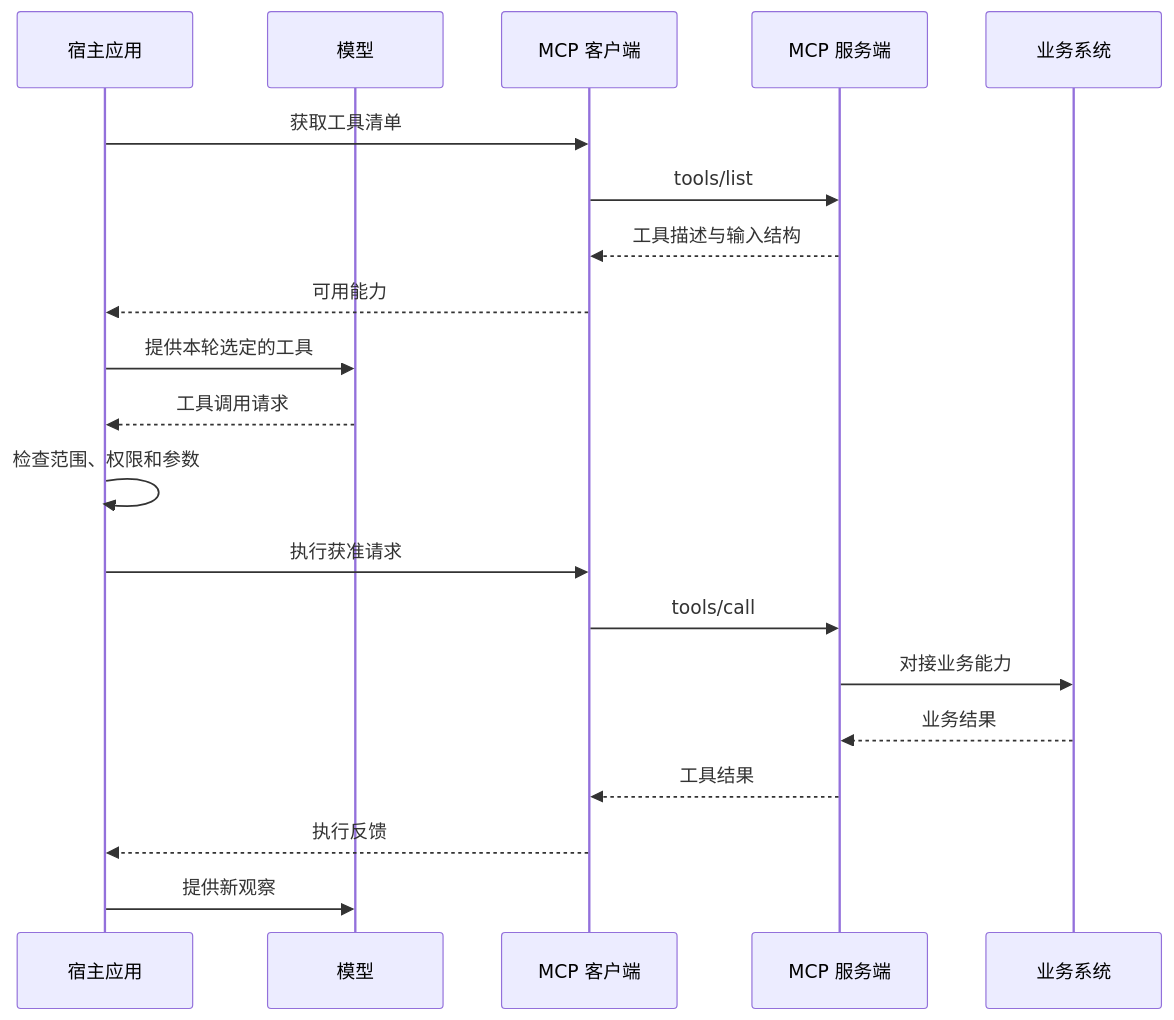
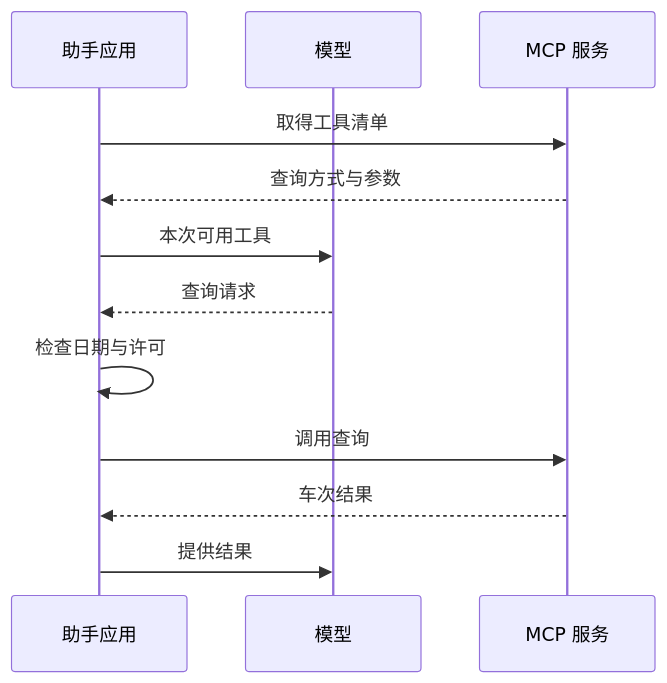
The diagram in book/04-mcp.md (Mar-garet/agent-book), drawn with Mermaid before and after one commit. The commit also changed other lines of this file and 27 other files, not shown here.

````diff
--- a/book/04-mcp.md
+++ b/book/04-mcp.md
@@ -21,22 +23,14 @@
 ```mermaid
 sequenceDiagram
-    participant H as 宿主应用
+    participant A as 助手应用
     participant M as 模型
-    participant C as MCP 客户端
-    participant S as MCP 服务端
-    participant B as 业务系统
-    H->>C: 获取工具清单
-    C->>S: tools/list
-    S-->>C: 工具描述与输入结构
-    C-->>H: 可用能力
-    H->>M: 提供本轮选定的工具
-    M-->>H: 工具调用请求
-    H->>H: 检查范围、权限和参数
-    H->>C: 执行获准请求
-    C->>S: tools/call
-    S->>B: 对接业务能力
-    B-->>S: 业务结果
-    S-->>C: 工具结果
-    C-->>H: 执行反馈
-    H->>M: 提供新观察
+    participant S as MCP 服务
+    A->>S: 取得工具清单
+    S-->>A: 查询方式与参数
+    A->>M: 本次可用工具
+    M-->>A: 查询请求
+    A->>A: 检查日期与许可
+    A->>S: 调用查询
+    S-->>A: 车次结果
+    A->>M: 提供结果
 ```
````
